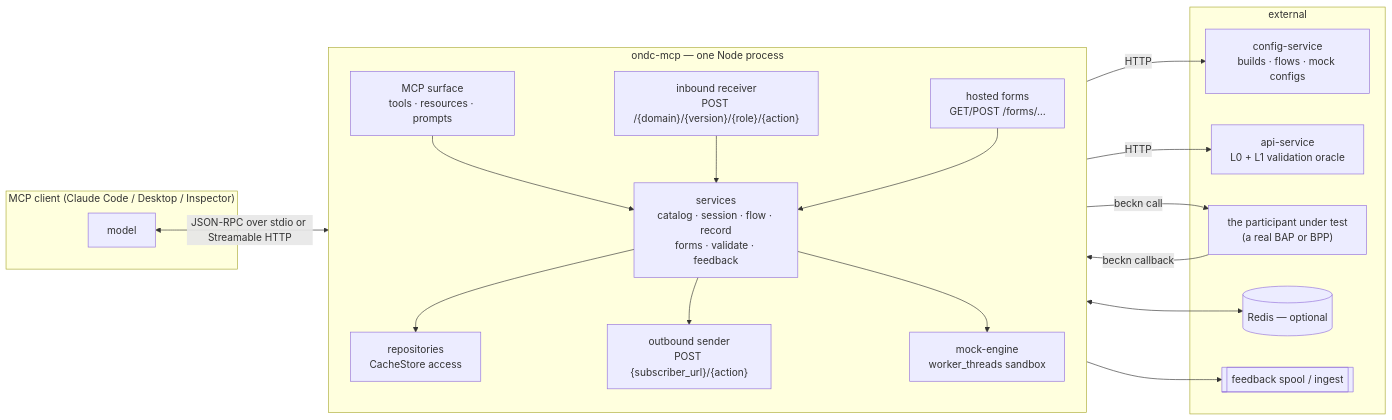
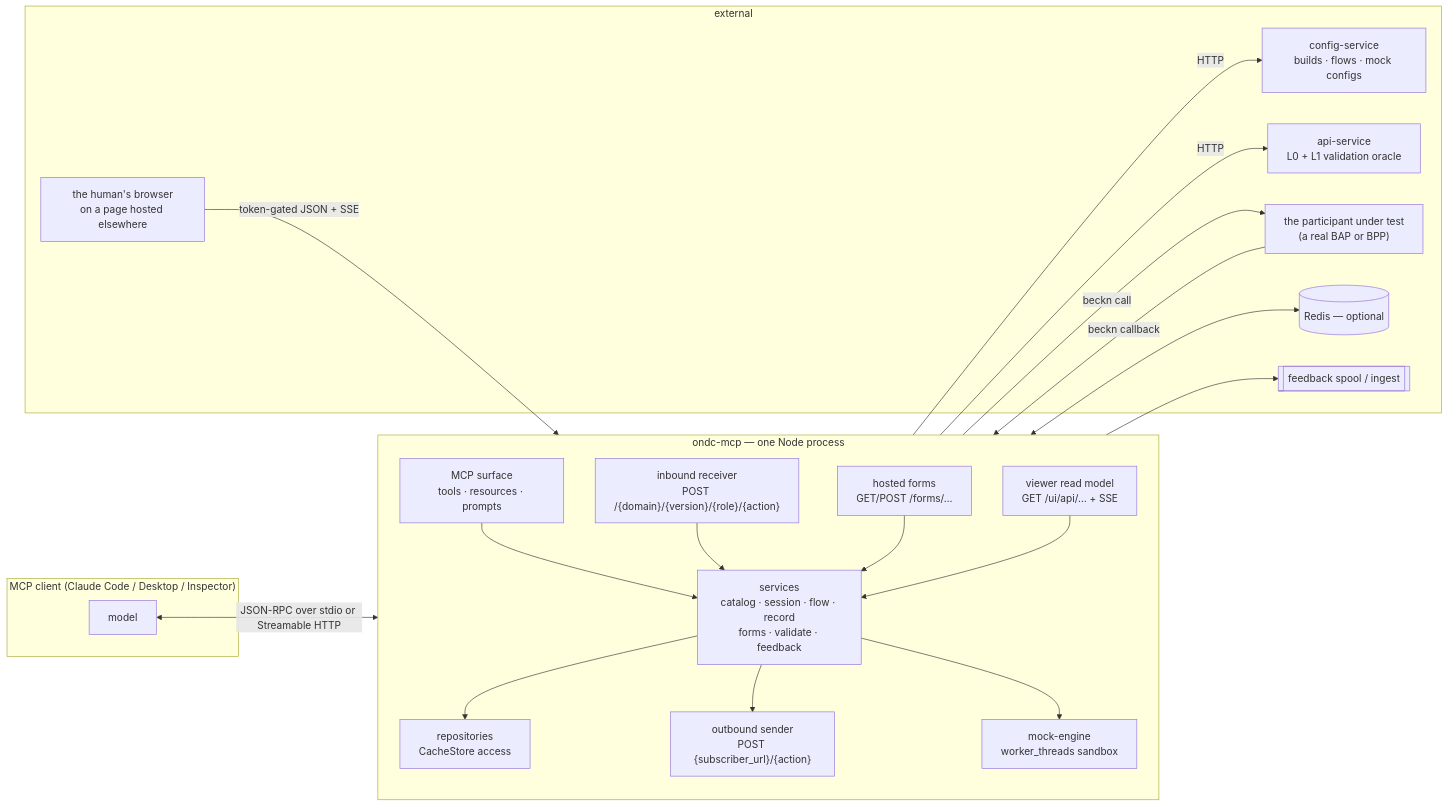
Before and after one commit to ONDC-Official/automation-mcp: the first of 2 diagrams in ARCHITECTURE.md, drawn with Mermaid. The commit also changed other lines of this file and 57 other files, not shown here.

````diff
--- a/ARCHITECTURE.md
+++ b/ARCHITECTURE.md
@@ -91,38 +91,42 @@
 ```mermaid
 flowchart LR
   subgraph client["MCP client (Claude Code / Desktop / Inspector)"]
     M[model]
   end
 
   subgraph proc["ondc-mcp — one Node process"]
     direction TB
     T["MCP surface<br/>tools · resources · prompts"]
     S["services<br/>catalog · session · flow · record<br/>forms · validate · feedback"]
     R["repositories<br/>CacheStore access"]
     RX["inbound receiver<br/>POST /{domain}/{version}/{role}/{action}"]
     TX["outbound sender<br/>POST {subscriber_url}/{action}"]
     FM["hosted forms<br/>GET/POST /forms/…"]
+    UI["viewer read model<br/>GET /ui/api/… + SSE"]
     W["mock-engine<br/>worker_threads sandbox"]
     T --> S --> R
     RX --> S
     S --> TX
     FM --> S
+    UI --> S
     S --> W
   end
 
   subgraph ext["external"]
     CS["config-service<br/>builds · flows · mock configs"]
     VS["api-service<br/>L0 + L1 validation oracle"]
     NP["the participant under test<br/>(a real BAP or BPP)"]
     RD[("Redis — optional")]
     SP[["feedback spool / ingest"]]
+    BR["the human's browser<br/>on a page hosted elsewhere"]
   end
 
   M <-->|JSON-RPC over stdio or Streamable HTTP| T
   S -->|HTTP| CS
   S -->|HTTP| VS
   TX -->|beckn call| NP
   NP -->|beckn callback| RX
   R <--> RD
   S --> SP
+  BR -->|token-gated JSON + SSE| UI
 ```
````
